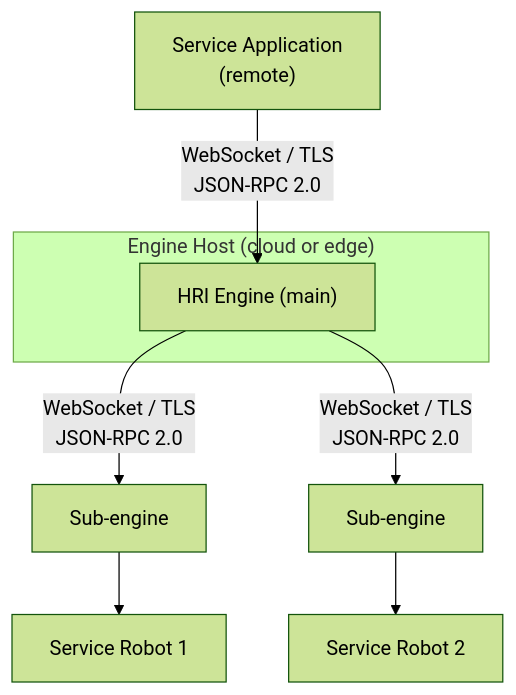
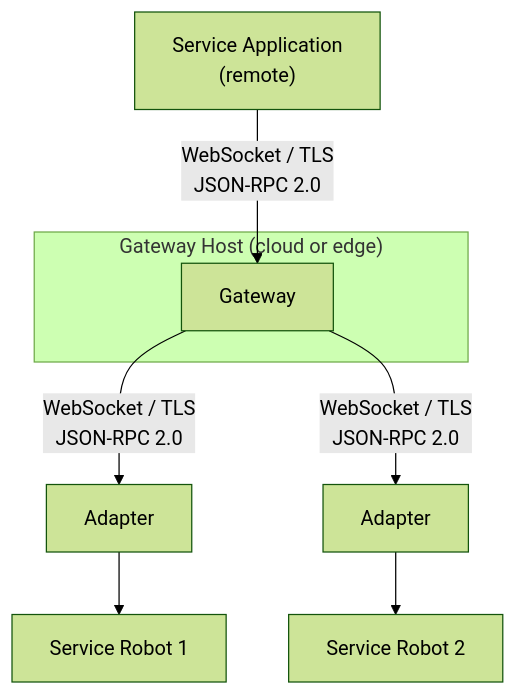
Before and after one commit to openrois/openrois: diagram 12 of 18 in docs/white-paper.md, drawn with Mermaid (forest theme). The commit also changed other lines of this file and 7 other files, not shown here.

First line of the commit message:
docs: rewrite architecture, roadmap, and white paper to recursive engine model

````diff
--- a/docs/white-paper.md
+++ b/docs/white-paper.md
@@ -1328,15 +1470,15 @@
 ```mermaid
 flowchart TB
     App["Service Application<br/>(remote)"]
     App -->|"WebSocket / TLS<br/>JSON-RPC 2.0"| GW
 
-    subgraph Cloud["Engine Host (cloud or edge)"]
-        GW["HRI Engine (main)"]
+    subgraph Cloud["Gateway Host (cloud or edge)"]
+        GW["Gateway"]
     end
 
-    GW -->|"WebSocket / TLS<br/>JSON-RPC 2.0"| SubEngine1["Sub-engine"]
-    SubEngine1 --> Robot1["Service Robot 1"]
+    GW -->|"WebSocket / TLS<br/>JSON-RPC 2.0"| Adapter1["Adapter"]
+    Adapter1 --> Robot1["Service Robot 1"]
 
-    GW -->|"WebSocket / TLS<br/>JSON-RPC 2.0"| SubEngine2["Sub-engine"]
-    SubEngine2 --> Robot2["Service Robot 2"]
+    GW -->|"WebSocket / TLS<br/>JSON-RPC 2.0"| Adapter2["Adapter"]
+    Adapter2 --> Robot2["Service Robot 2"]
 ```
````
